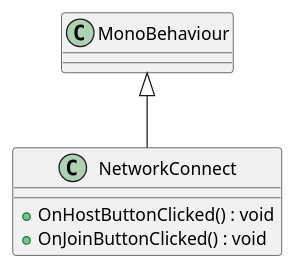
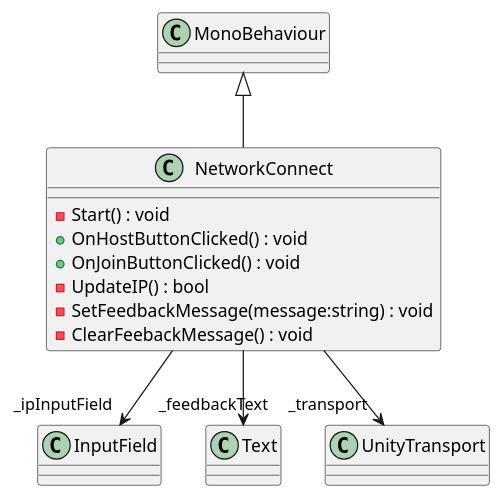
The diagram in UML/Networking/NetworkConnect.puml (David-Denny/COMP3013-Team7), drawn with PlantUML before and after one commit. The commit also changed 49 other files, not shown here.

Commit message:
Generate UML (Generate UML)

```diff
--- a/UML/Networking/NetworkConnect.puml
+++ b/UML/Networking/NetworkConnect.puml
@@ -1,7 +1,14 @@
 @startuml
 class NetworkConnect {
+    - Start() : void
     + OnHostButtonClicked() : void
     + OnJoinButtonClicked() : void
+    - UpdateIP() : bool
+    - SetFeedbackMessage(message:string) : void
+    - ClearFeebackMessage() : void
 }
 MonoBehaviour <|-- NetworkConnect
+NetworkConnect --> "_ipInputField" InputField
+NetworkConnect --> "_feedbackText" Text
+NetworkConnect --> "_transport" UnityTransport
 @enduml
```
